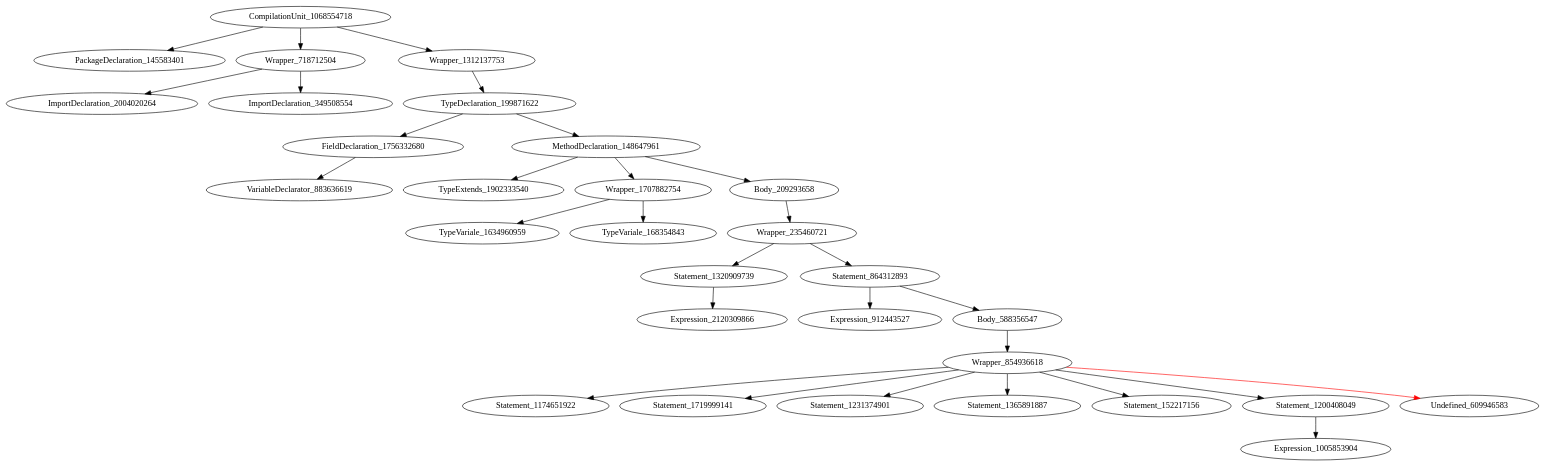
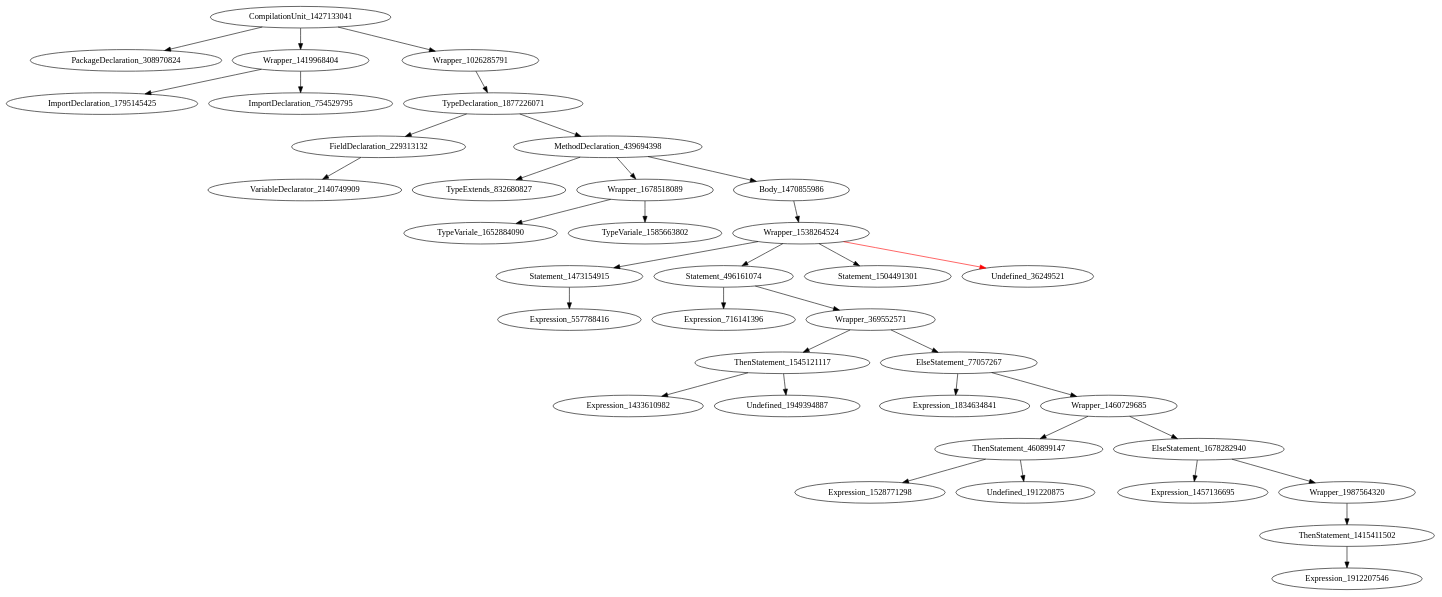
One commit to icse2023material/VoiceJava changed the diagram in holeAST.dot. Above: the diagram before and after it, drawn with Graphviz. The commit also changed 6 other files, not shown here.

```diff
--- a/holeAST.dot
+++ b/holeAST.dot
@@ -1,31 +1,38 @@
 digraph {
-CompilationUnit_1068554718 -> PackageDeclaration_145583401
-CompilationUnit_1068554718 -> Wrapper_718712504
-CompilationUnit_1068554718 -> Wrapper_1312137753
-Wrapper_718712504 -> ImportDeclaration_2004020264
-Wrapper_718712504 -> ImportDeclaration_349508554
-Wrapper_1312137753 -> TypeDeclaration_199871622
-TypeDeclaration_199871622 -> FieldDeclaration_1756332680
-TypeDeclaration_199871622 -> MethodDeclaration_148647961
-FieldDeclaration_1756332680 -> VariableDeclarator_883636619
-MethodDeclaration_148647961 -> TypeExtends_1902333540
-MethodDeclaration_148647961 -> Wrapper_1707882754
-MethodDeclaration_148647961 -> Body_209293658
-Wrapper_1707882754 -> TypeVariale_1634960959
-Wrapper_1707882754 -> TypeVariale_168354843
-Body_209293658 -> Wrapper_235460721
-Wrapper_235460721 -> Statement_1320909739
-Wrapper_235460721 -> Statement_864312893
-Statement_1320909739 -> Expression_2120309866
-Statement_864312893 -> Expression_912443527
-Statement_864312893 -> Body_588356547
-Body_588356547 -> Wrapper_854936618
-Wrapper_854936618 -> Statement_1174651922
-Wrapper_854936618 -> Statement_1719999141
-Wrapper_854936618 -> Statement_1231374901
-Wrapper_854936618 -> Statement_1365891887
-Wrapper_854936618 -> Statement_152217156
-Wrapper_854936618 -> Statement_1200408049
-Wrapper_854936618 -> Undefined_609946583 [color = red] 
-Statement_1200408049 -> Expression_1005853904
+CompilationUnit_1427133041 -> PackageDeclaration_308970824
+CompilationUnit_1427133041 -> Wrapper_1419968404
+CompilationUnit_1427133041 -> Wrapper_1026285791
+Wrapper_1419968404 -> ImportDeclaration_1795145425
+Wrapper_1419968404 -> ImportDeclaration_754529795
+Wrapper_1026285791 -> TypeDeclaration_1877226071
+TypeDeclaration_1877226071 -> FieldDeclaration_229313132
+TypeDeclaration_1877226071 -> MethodDeclaration_439694398
+FieldDeclaration_229313132 -> VariableDeclarator_2140749909
+MethodDeclaration_439694398 -> TypeExtends_832680827
+MethodDeclaration_439694398 -> Wrapper_1678518089
+MethodDeclaration_439694398 -> Body_1470855986
+Wrapper_1678518089 -> TypeVariale_1652884090
+Wrapper_1678518089 -> TypeVariale_1585663802
+Body_1470855986 -> Wrapper_1538264524
+Wrapper_1538264524 -> Statement_1473154915
+Wrapper_1538264524 -> Statement_496161074
+Wrapper_1538264524 -> Statement_1504491301
+Wrapper_1538264524 -> Undefined_36249521 [color = red] 
+Statement_1473154915 -> Expression_557788416
+Statement_496161074 -> Expression_716141396
+Statement_496161074 -> Wrapper_369552571
+Wrapper_369552571 -> ThenStatement_1545121117
+Wrapper_369552571 -> ElseStatement_77057267
+ThenStatement_1545121117 -> Expression_1433610982
+ThenStatement_1545121117 -> Undefined_1949394887
+ElseStatement_77057267 -> Expression_1834634841
+ElseStatement_77057267 -> Wrapper_1460729685
+Wrapper_1460729685 -> ThenStatement_460899147
+Wrapper_1460729685 -> ElseStatement_1678282940
+ThenStatement_460899147 -> Expression_1528771298
+ThenStatement_460899147 -> Undefined_191220875
+ElseStatement_1678282940 -> Expression_1457136695
+ElseStatement_1678282940 -> Wrapper_1987564320
+Wrapper_1987564320 -> ThenStatement_1415411502
+ThenStatement_1415411502 -> Expression_1912207546
 }
```
